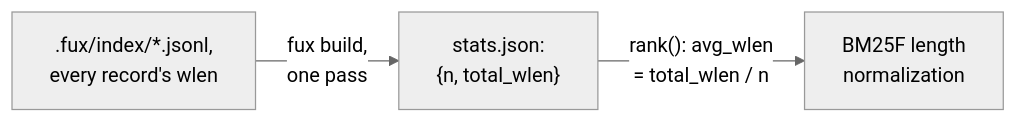
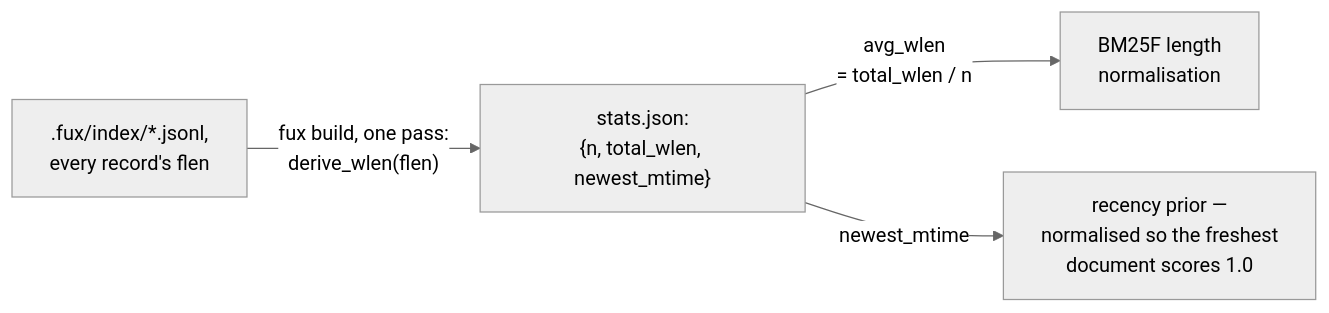
The diagram in docs/adr/0028_runtime-stats.md (arpitarya/fux), drawn with Mermaid (neutral theme) before and after one commit. The commit also changed other lines of this file and 60 other files, not shown here.

````diff
--- a/docs/adr/0028_runtime-stats.md
+++ b/docs/adr/0028_runtime-stats.md
@@ -38,5 +49,6 @@
 ```mermaid
 flowchart LR
-    A[".fux/index/*.jsonl,<br/>every record's wlen"] -->|"fux build,<br/>one pass"| B["stats.json:<br/>{n, total_wlen}"]
-    B -->|"rank(): avg_wlen<br/>= total_wlen / n"| C["BM25F length<br/>normalization"]
+    A[".fux/index/*.jsonl,<br/>every record's flen"] -->|"fux build, one pass:<br/>derive_wlen(flen)"| B["stats.json:<br/>{n, total_wlen, newest_mtime}"]
+    B -->|"avg_wlen<br/>= total_wlen / n"| C["BM25F length<br/>normalisation"]
+    B -->|"newest_mtime"| D["recency prior —<br/>normalised so the freshest<br/>document scores 1.0"]
 ```
````
